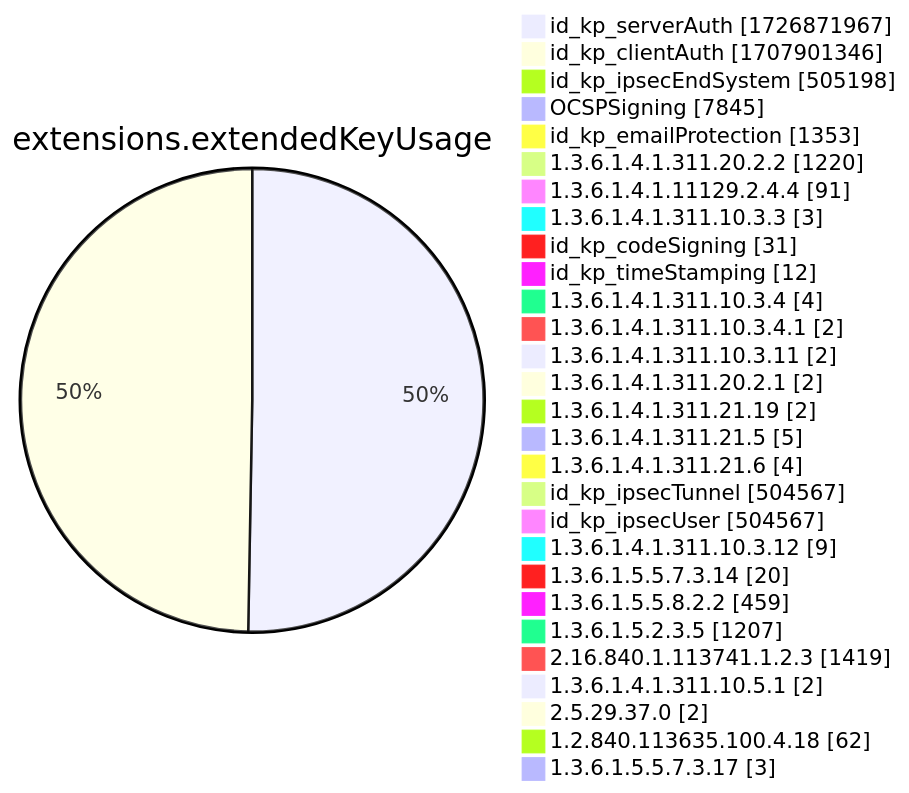
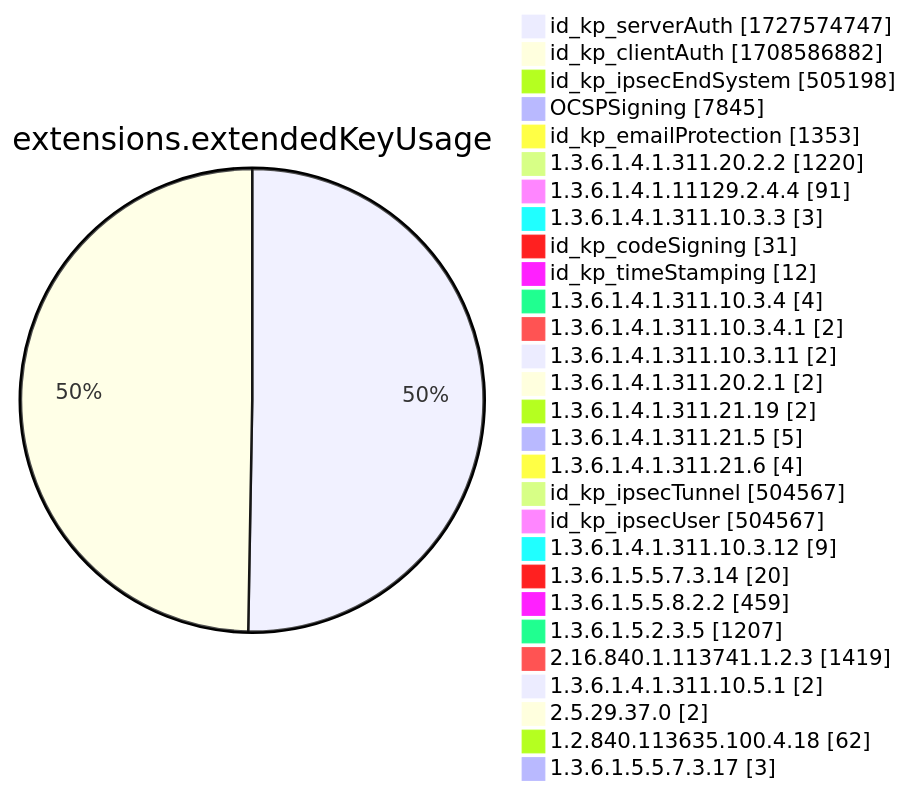
Diagram 12 of 15 in xenon2022/README.md (christiankrug/ctmonitor_visualization), drawn with Mermaid before and after one commit. The commit also changed other lines of this file, not shown here.

````diff
--- a/xenon2022/README.md
+++ b/xenon2022/README.md
@@ -3889,32 +3889,32 @@
 ```mermaid
 pie showData
 title extensions.extendedKeyUsage
-"id_kp_serverAuth" :1726871967
-"id_kp_clientAuth" :1707901346
+"id_kp_serverAuth" :1727574747
+"id_kp_clientAuth" :1708586882
 "id_kp_ipsecEndSystem" :505198
 "OCSPSigning" :7845
 "id_kp_emailProtection" :1353
 "1.3.6.1.4.1.311.20.2.2" :1220
 "1.3.6.1.4.1.11129.2.4.4" :91
 "1.3.6.1.4.1.311.10.3.3" :3
 "id_kp_codeSigning" :31
 "id_kp_timeStamping" :12
 "1.3.6.1.4.1.311.10.3.4" :4
 "1.3.6.1.4.1.311.10.3.4.1" :2
 "1.3.6.1.4.1.311.10.3.11" :2
 "1.3.6.1.4.1.311.20.2.1" :2
 "1.3.6.1.4.1.311.21.19" :2
 "1.3.6.1.4.1.311.21.5" :5
 "1.3.6.1.4.1.311.21.6" :4
 "id_kp_ipsecTunnel" :504567
 "id_kp_ipsecUser" :504567
 "1.3.6.1.4.1.311.10.3.12" :9
 "1.3.6.1.5.5.7.3.14" :20
 "1.3.6.1.5.5.8.2.2" :459
 "1.3.6.1.5.2.3.5" :1207
 "2.16.840.1.113741.1.2.3" :1419
 "1.3.6.1.4.1.311.10.5.1" :2
 "2.5.29.37.0" :2
 "1.2.840.113635.100.4.18" :62
 "1.3.6.1.5.5.7.3.17" :3
 ```
````
